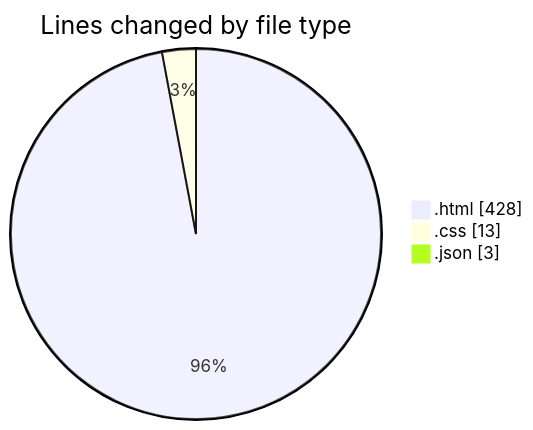
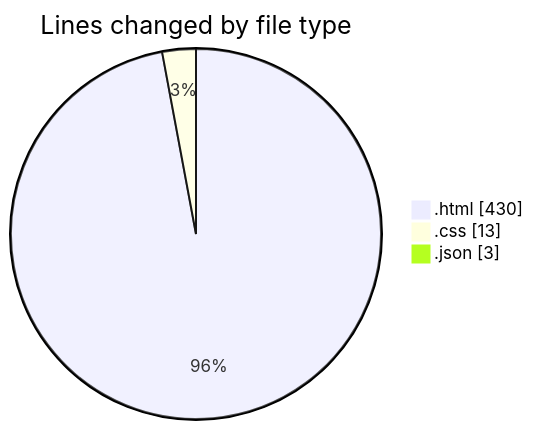
One commit to hasnaa123/code-tracking changed the first of 2 diagrams in 2025-12-11/technologie_web/README.md. Above: the diagram before and after it, drawn with Mermaid. The commit also changed other lines of this file and 1 other file, not shown here.

````diff
--- a/2025-12-11/technologie_web/README.md
+++ b/2025-12-11/technologie_web/README.md
@@ -23,7 +23,7 @@
 ```mermaid
 pie showData
 title Lines changed by file type
-".html" : 428
+".html" : 430
 ".css" : 13
 ".json" : 3
 ```
````
